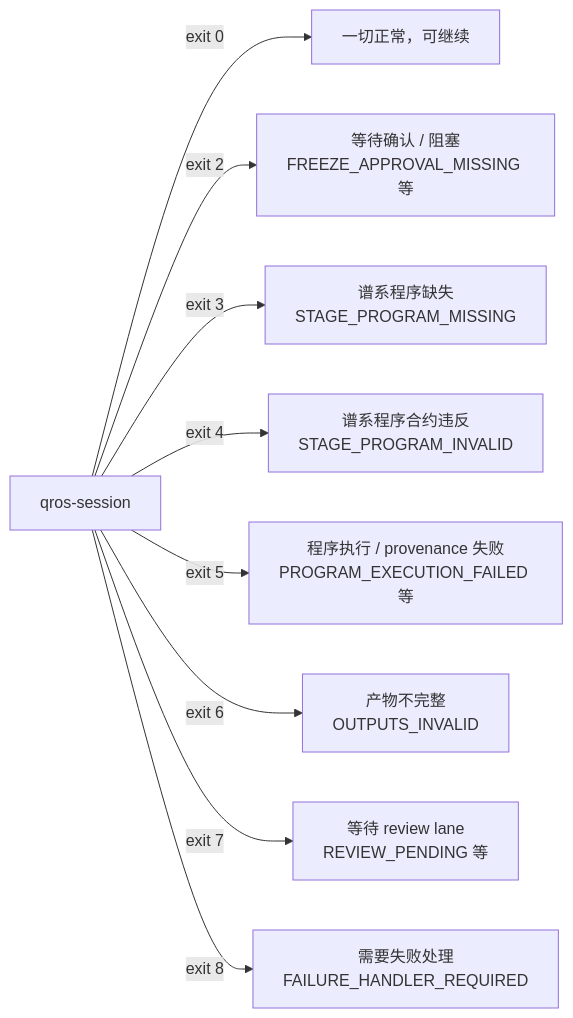
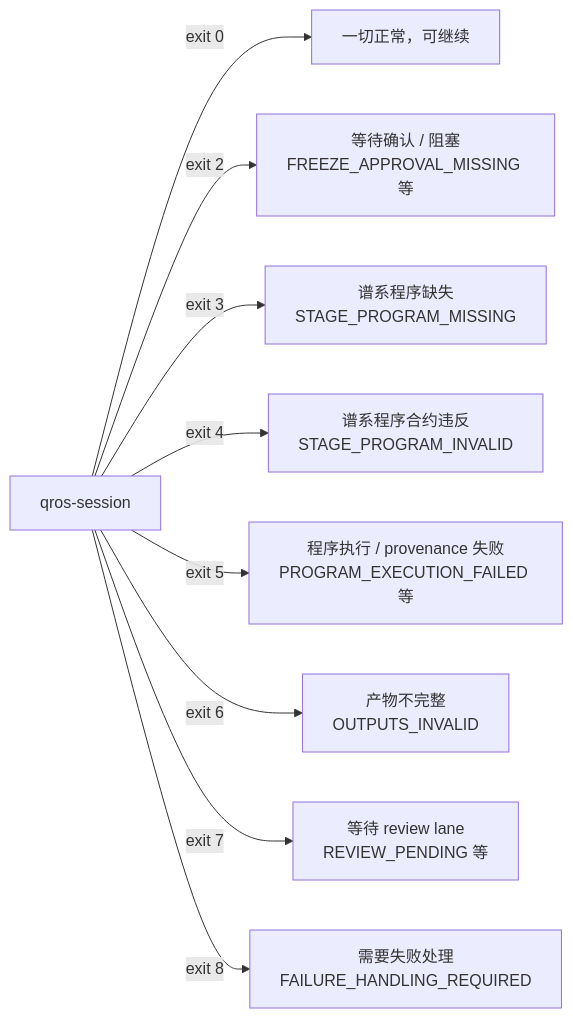
Before and after one commit to web3qt/quant-research-os: the fourth of 10 diagrams in docs/guides/how-qros-works.md, drawn with Mermaid. The commit also changed 14 other files, not shown here.

````diff
--- a/docs/guides/how-qros-works.md
+++ b/docs/guides/how-qros-works.md
@@ -151,11 +151,11 @@
 ```mermaid
 graph LR
     R["qros-session"] -->|"exit 0"| OK["一切正常，可继续"]
     R -->|"exit 2"| Confirm["等待确认 / 阻塞<br/>FREEZE_APPROVAL_MISSING 等"]
     R -->|"exit 3"| NoProg["谱系程序缺失<br/>STAGE_PROGRAM_MISSING"]
     R -->|"exit 4"| BadProg["谱系程序合约违反<br/>STAGE_PROGRAM_INVALID"]
     R -->|"exit 5"| ExecFail["程序执行 / provenance 失败<br/>PROGRAM_EXECUTION_FAILED 等"]
     R -->|"exit 6"| BadOut["产物不完整<br/>OUTPUTS_INVALID"]
     R -->|"exit 7"| ReviewPend["等待 review lane<br/>REVIEW_PENDING 等"]
-    R -->|"exit 8"| FailHandle["需要失败处理<br/>FAILURE_HANDLER_REQUIRED"]
+    R -->|"exit 8"| FailHandle["需要失败处理<br/>FAILURE_HANDLING_REQUIRED"]
 ```
````
